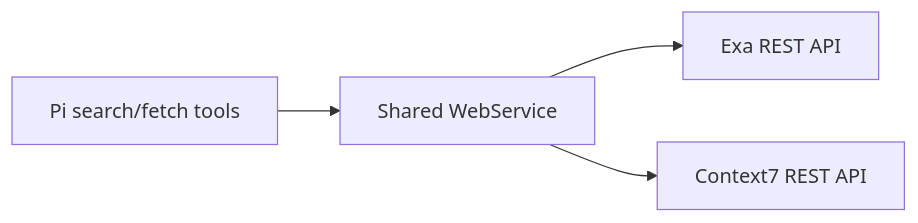
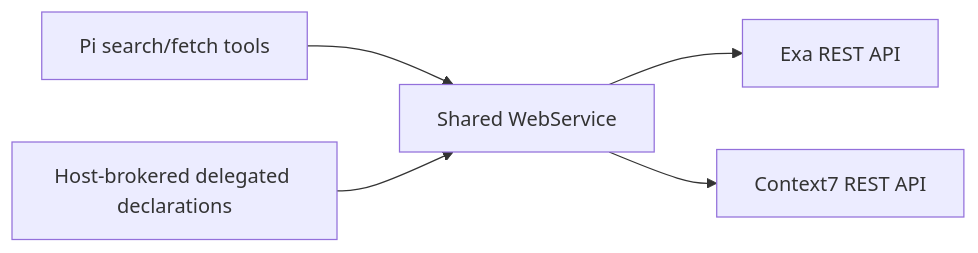
The diagram in docs/architecture.md (vegardx/pi-web), drawn with Mermaid before and after one commit. The commit also changed other lines of this file and 8 other files, not shown here.

````diff
--- a/docs/architecture.md
+++ b/docs/architecture.md
@@ -7,6 +7,7 @@
 ```mermaid
 graph LR
   Tool[Pi search/fetch tools] --> Service[Shared WebService]
+  Delegated[Host-brokered delegated declarations] --> Service
   Service --> Exa[Exa REST API]
   Service --> Context7[Context7 REST API]
 ```
````
